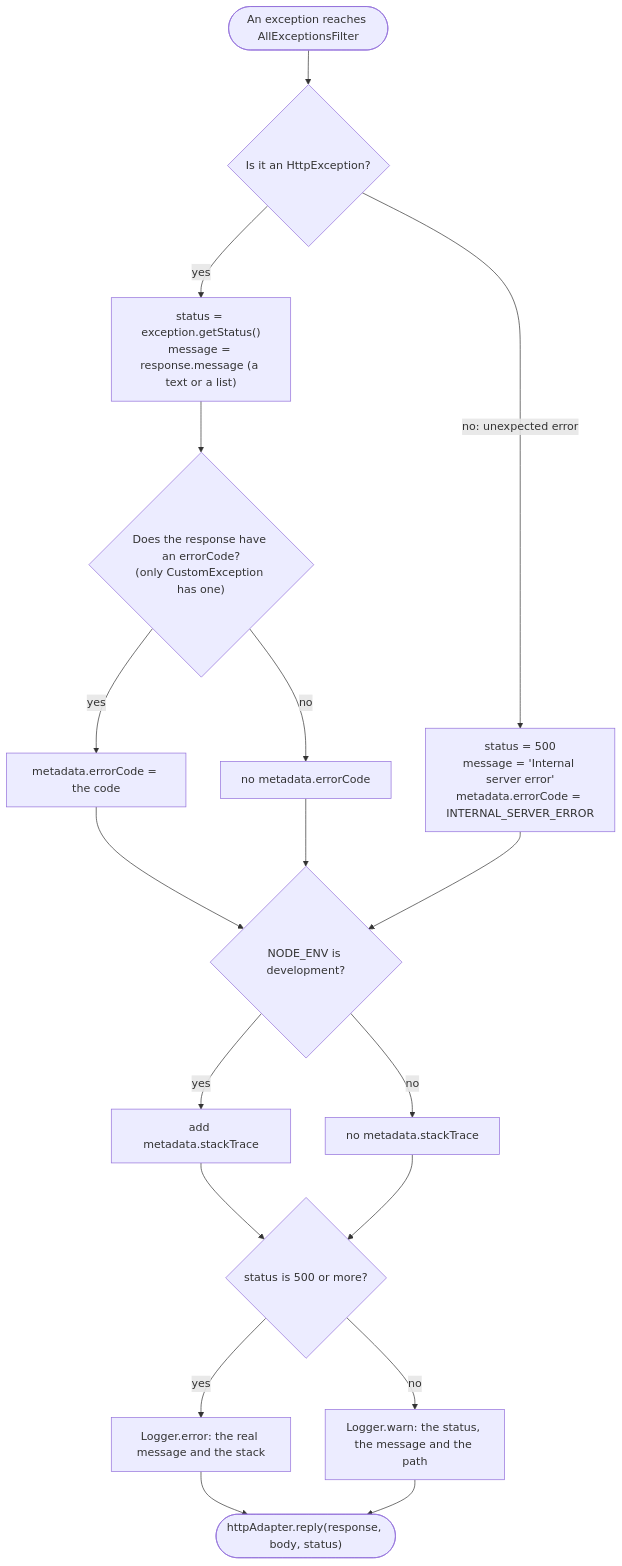
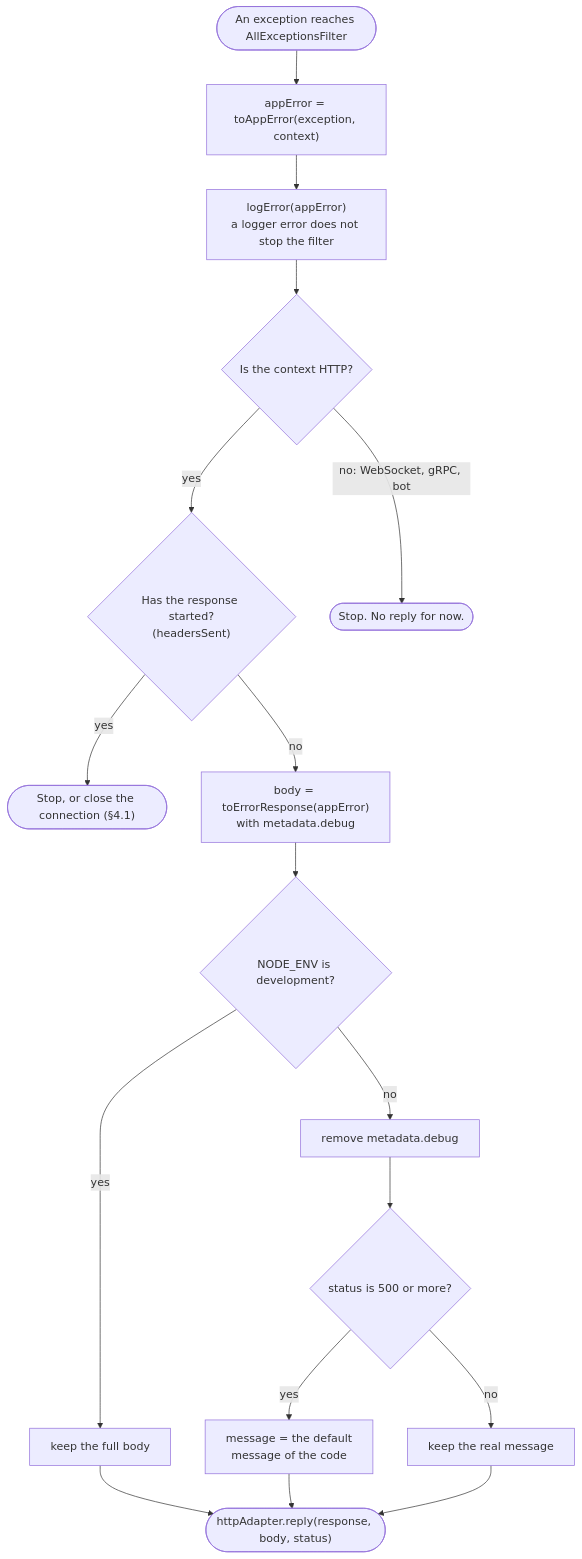
The fifth of 7 diagrams in docs/error-handling.md (CyberBrainiac/job-search-automation-tool), drawn with Mermaid before and after one commit. The commit also changed other lines of this file, not shown here.

First line of the commit message:
docs(root): merge the error handling docs into one guide for new developers

````diff
--- a/docs/error-handling.md
+++ b/docs/error-handling.md
@@ -71,20 +168,19 @@
 ```mermaid
 flowchart TD
-  A(["An exception reaches AllExceptionsFilter"]) --> B{"Is it an HttpException?"}
-  B -- "yes" --> C["status = exception.getStatus()<br/>message = response.message (a text or a list)"]
-  B -- "no: unexpected error" --> H["status = 500<br/>message = 'Internal server error'<br/>metadata.errorCode = INTERNAL_SERVER_ERROR"]
-  C --> D{"Does the response have an errorCode?<br/>(only CustomException has one)"}
-  D -- "yes" --> E["metadata.errorCode = the code"]
-  D -- "no" --> G["no metadata.errorCode"]
-  E --> I{"NODE_ENV is development?"}
-  G --> I
-  H --> I
-  I -- "yes" --> J["add metadata.stackTrace"]
-  I -- "no" --> K["no metadata.stackTrace"]
-  J --> M{"status is 500 or more?"}
-  K --> M
-  M -- "yes" --> N["Logger.error: the real message and the stack"]
-  M -- "no" --> O["Logger.warn: the status, the message and the path"]
-  N --> P(["httpAdapter.reply(response, body, status)"])
-  O --> P
+  A(["An exception reaches AllExceptionsFilter"]) --> B["appError = toAppError(exception, context)"]
+  B --> C["logError(appError)<br/>a logger error does not stop the filter"]
+  C --> D{"Is the context HTTP?"}
+  D -- "yes" --> E{"Has the response started?<br/>(headersSent)"}
+  D -- "no: WebSocket, gRPC, bot" --> X(["Stop. No reply for now."])
+  E -- "yes" --> Y(["Stop, or close the connection (§4.1)"])
+  E -- "no" --> G["body = toErrorResponse(appError)<br/>with metadata.debug"]
+  G --> J{"NODE_ENV is development?"}
+  J -- "yes" --> J1["keep the full body"]
+  J -- "no" --> K["remove metadata.debug"]
+  K --> H{"status is 500 or more?"}
+  H -- "yes" --> I["message = the default<br/>message of the code"]
+  H -- "no" --> H1["keep the real message"]
+  J1 --> L(["httpAdapter.reply(response, body, status)"])
+  I --> L
+  H1 --> L
 ```
````
